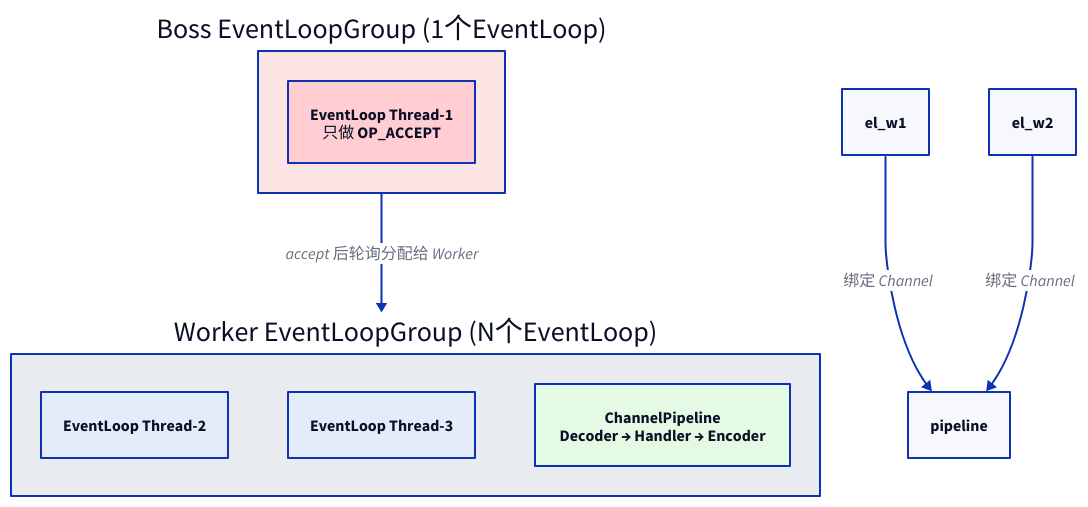
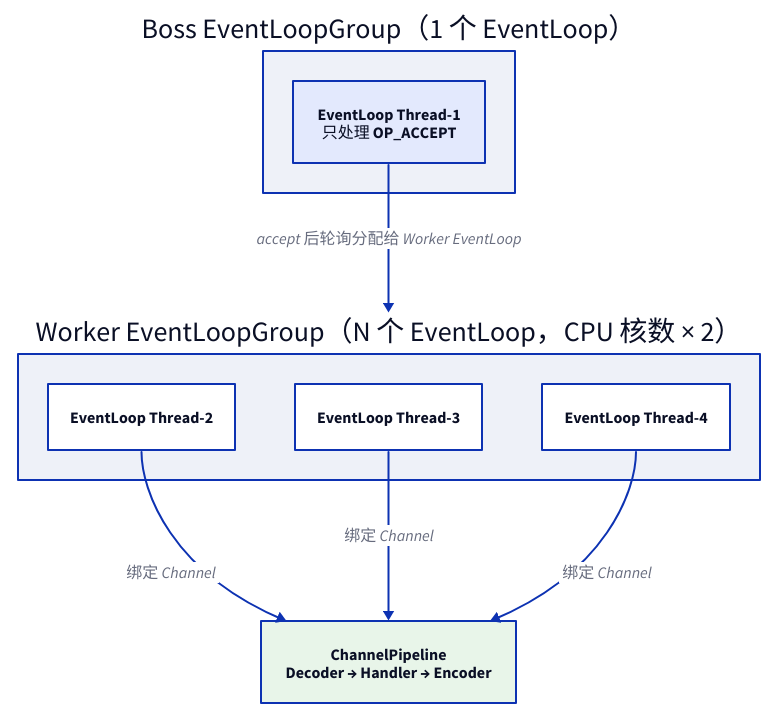
Before and after one commit to zhleeo/zlab: the diagram in diagrams/netty-arch.d2, drawn with D2. The commit also changed 11 other files, not shown here.

```diff
--- a/diagrams/netty-arch.d2
+++ b/diagrams/netty-arch.d2
@@ -1,17 +1,34 @@
+# Netty Boss/Worker 线程模型
 direction: down
 
-boss: "Boss EventLoopGroup (1个EventLoop)" {
-  style.fill: "#fce4e4"
-  el_boss: "EventLoop Thread-1\n只做 OP_ACCEPT" {style.fill: "#ffcdd2"}
+Boss EventLoopGroup: {
+  label: Boss EventLoopGroup（1 个 EventLoop）
+  style.fill: "#EEF1F8"
+  bossLoop: "EventLoop Thread-1\n只处理 OP_ACCEPT" {
+    style.fill: "#E3E9FD"
+  }
 }
 
-worker: "Worker EventLoopGroup (N个EventLoop)" {
-  style.fill: "#e8ecf1"
-  el_w1: "EventLoop Thread-2" {style.fill: "#e4ecfa"}
-  el_w2: "EventLoop Thread-3" {style.fill: "#e4ecfa"}
-  pipeline: "ChannelPipeline\nDecoder → Handler → Encoder" {style.fill: "#e4fae4"}
+Worker EventLoopGroup: {
+  label: Worker EventLoopGroup（N 个 EventLoop，CPU 核数 × 2）
+  style.fill: "#EEF1F8"
+  loop1: "EventLoop Thread-2" {
+    style.fill: "#FFFFFF"
+  }
+  loop2: "EventLoop Thread-3" {
+    style.fill: "#FFFFFF"
+  }
+  loop3: "EventLoop Thread-4" {
+    style.fill: "#FFFFFF"
+  }
 }
 
-boss -> worker: "accept 后轮询分配给 Worker"
-el_w1 -> pipeline: 绑定 Channel
-el_w2 -> pipeline: 绑定 Channel
+pipeline: {
+  label: "ChannelPipeline\nDecoder → Handler → Encoder"
+  style.fill: "#E8F5E9"
+}
+
+Boss EventLoopGroup.bossLoop -> Worker EventLoopGroup: accept 后轮询分配给 Worker EventLoop
+Worker EventLoopGroup.loop1 -> pipeline: 绑定 Channel
+Worker EventLoopGroup.loop2 -> pipeline: 绑定 Channel
+Worker EventLoopGroup.loop3 -> pipeline: 绑定 Channel
```
